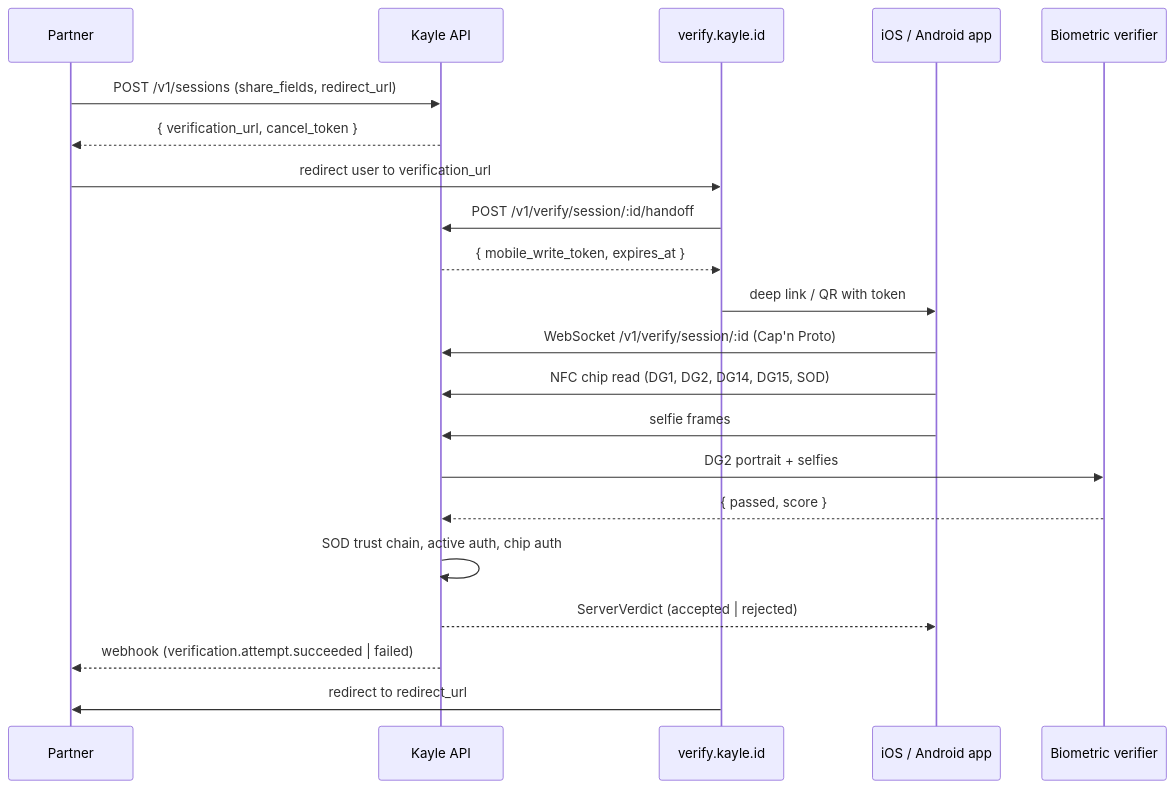
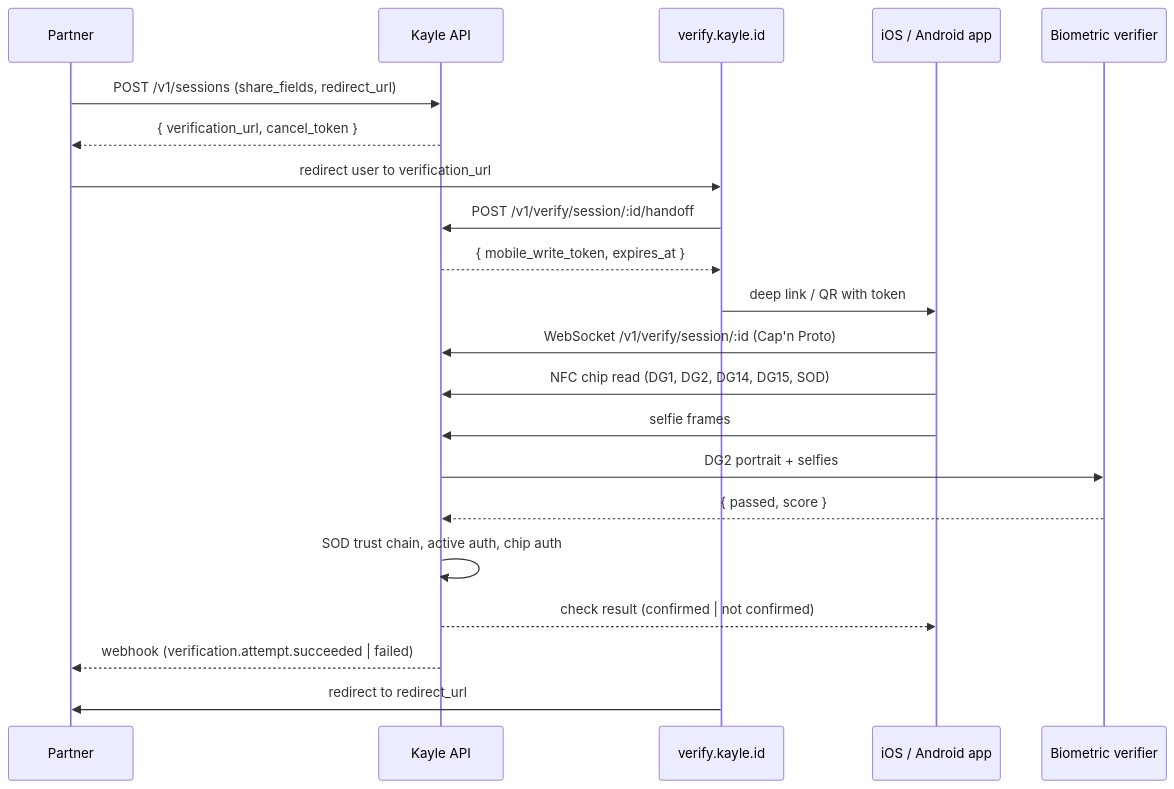
Before and after one commit to KayleAI/kayle-id-v1: the diagram in docs/concepts/how-it-works.mdx, drawn with Mermaid. The commit also changed other lines of this file and 31 other files, not shown here.

````diff
--- a/docs/concepts/how-it-works.mdx
+++ b/docs/concepts/how-it-works.mdx
@@ -26,24 +26,24 @@
 ```mermaid
 sequenceDiagram
     participant Partner
     participant API as Kayle API
     participant Verify as verify.kayle.id
     participant Mobile as iOS / Android app
     participant Biometric as Biometric verifier
 
     Partner->>API: POST /v1/sessions (share_fields, redirect_url)
     API-->>Partner: { verification_url, cancel_token }
     Partner->>Verify: redirect user to verification_url
     Verify->>API: POST /v1/verify/session/:id/handoff
     API-->>Verify: { mobile_write_token, expires_at }
     Verify->>Mobile: deep link / QR with token
     Mobile->>API: WebSocket /v1/verify/session/:id (Cap'n Proto)
     Mobile->>API: NFC chip read (DG1, DG2, DG14, DG15, SOD)
     Mobile->>API: selfie frames
     API->>Biometric: DG2 portrait + selfies
     Biometric-->>API: { passed, score }
     API->>API: SOD trust chain, active auth, chip auth
-    API-->>Mobile: ServerVerdict (accepted | rejected)
+    API-->>Mobile: check result (confirmed | not confirmed)
     API-->>Partner: webhook (verification.attempt.succeeded | failed)
     Verify->>Partner: redirect to redirect_url
 ```
````
